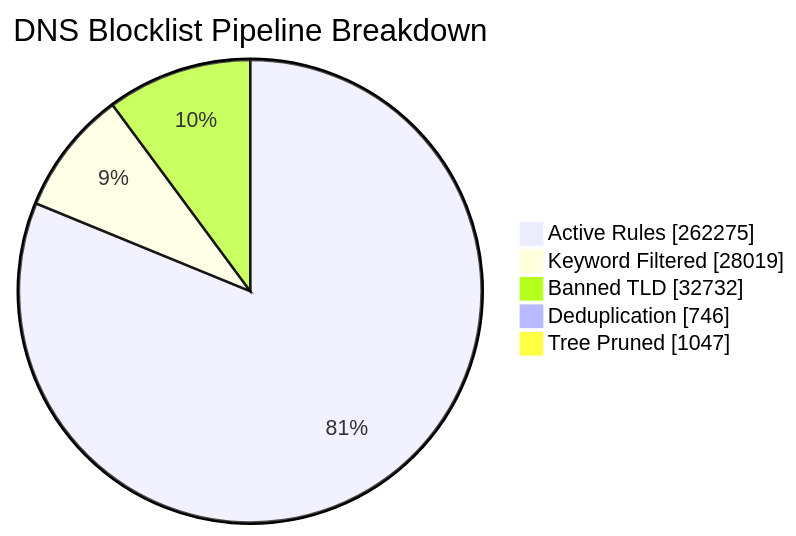
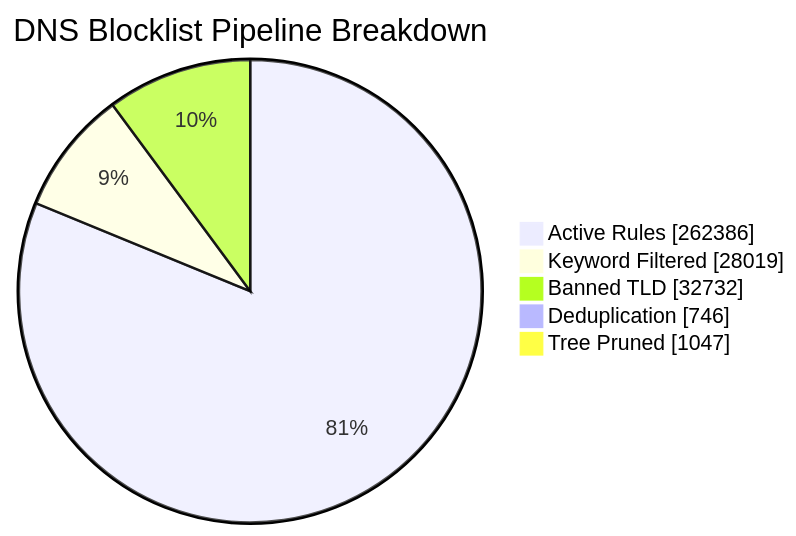
The first of 6 diagrams in README_STATS.md (brojangles24/Cloudflare-ZeroTrust-AdBlock), drawn with Mermaid before and after one commit. The commit also changed other lines of this file and 1 other file, not shown here.

````diff
--- a/README_STATS.md
+++ b/README_STATS.md
@@ -41,8 +41,8 @@
 ```mermaid
 pie showData title DNS Blocklist Pipeline Breakdown
-    "Active Rules"     : 262275
+    "Active Rules"     : 262386
     "Keyword Filtered" : 28019
     "Banned TLD"       : 32732
     "Deduplication"    : 746
     "Tree Pruned"      : 1047
 ```
````
